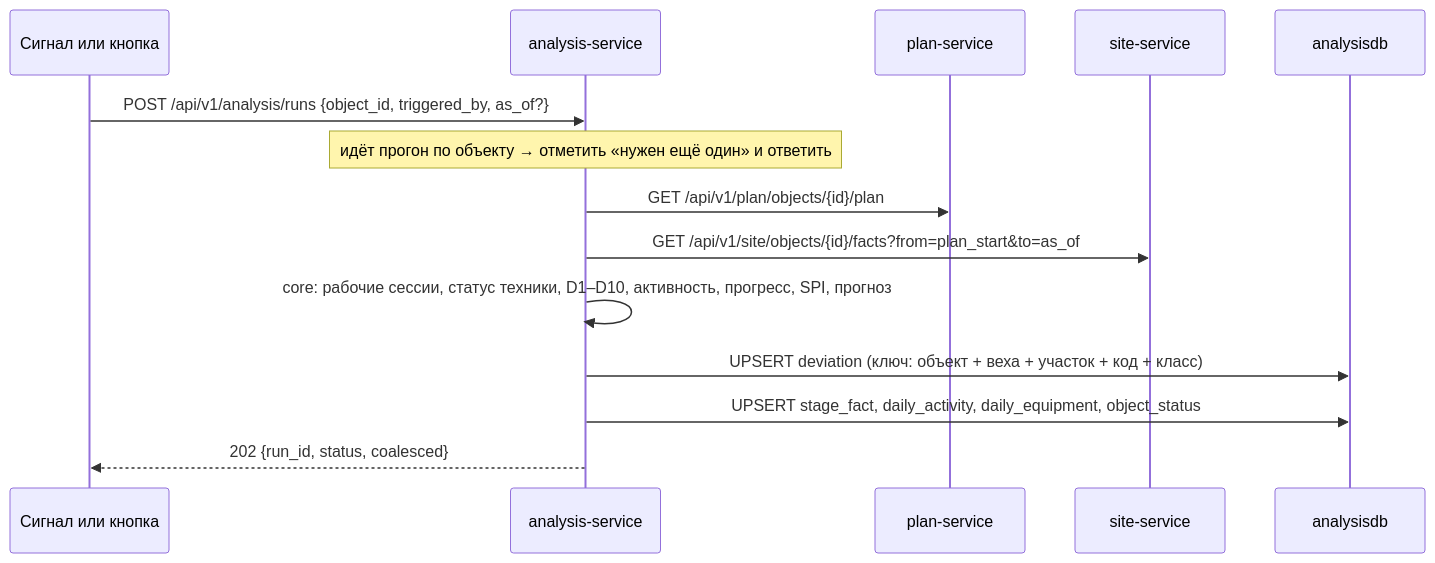
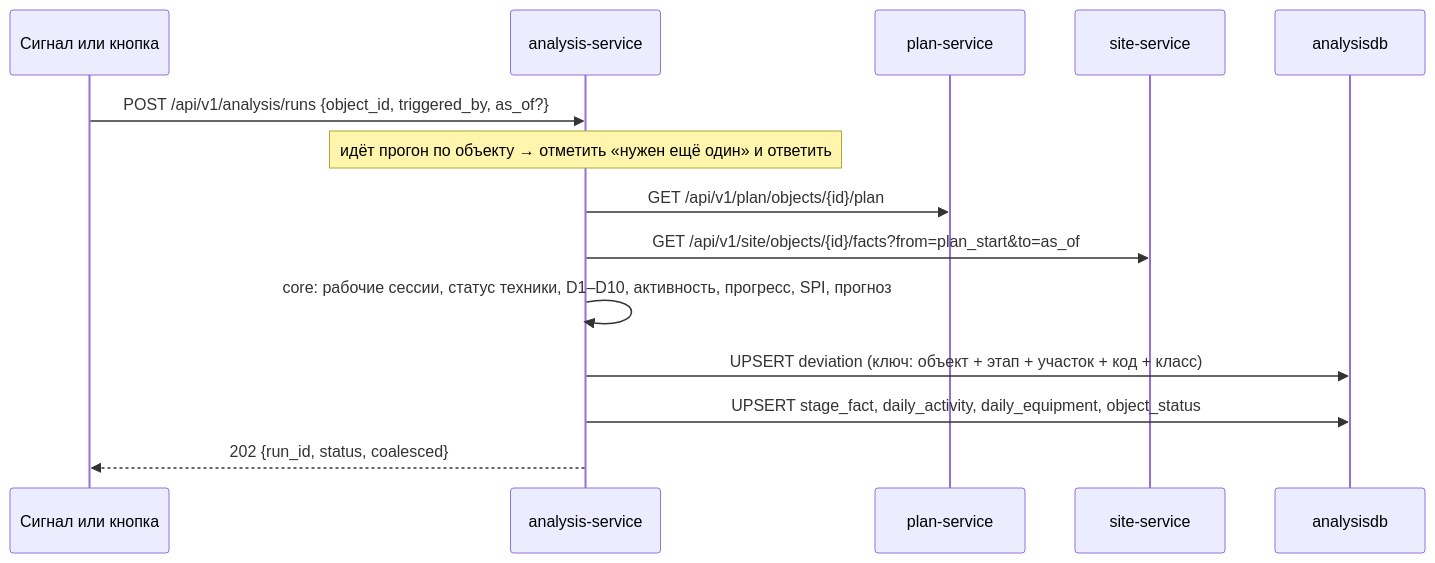
One commit to cerXXXX/ConstructionSupervision changed the fourth of 5 diagrams in docs/architecture.md. Above: the diagram before and after it, drawn with Mermaid. The commit also changed other lines of this file and 161 other files, not shown here.

First line of the commit message:
docs: «веха» → «этап» во всём проекте

````diff
--- a/docs/architecture.md
+++ b/docs/architecture.md
@@ -183,17 +183,17 @@
 ```mermaid
 sequenceDiagram
     participant TR as Сигнал или кнопка
     participant AN as analysis-service
     participant PL as plan-service
     participant ST as site-service
     participant DB as analysisdb
 
     TR->>AN: POST /api/v1/analysis/runs {object_id, triggered_by, as_of?}
     Note over AN: идёт прогон по объекту → отметить «нужен ещё один» и ответить
     AN->>PL: GET /api/v1/plan/objects/{id}/plan
     AN->>ST: GET /api/v1/site/objects/{id}/facts?from=plan_start&to=as_of
     AN->>AN: core: рабочие сессии, статус техники, D1–D10, активность, прогресс, SPI, прогноз
-    AN->>DB: UPSERT deviation (ключ: объект + веха + участок + код + класс)
+    AN->>DB: UPSERT deviation (ключ: объект + этап + участок + код + класс)
     AN->>DB: UPSERT stage_fact, daily_activity, daily_equipment, object_status
     AN-->>TR: 202 {run_id, status, coalesced}
 ```
````
